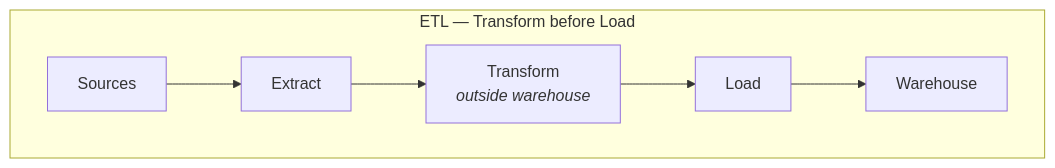
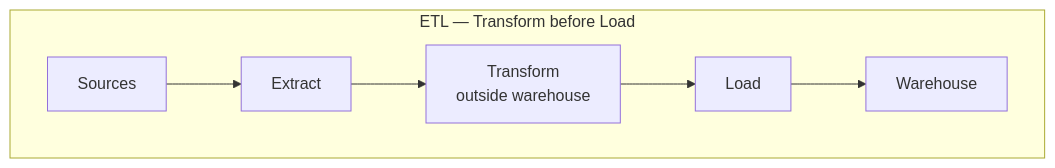
The seventh of 23 diagrams in data-architecture/data-warehouse.md (adnanrahin/adnanrahin.github.io), drawn with Mermaid before and after one commit. The commit also changed other lines of this file and 3 other files, not shown here.

Commit message:
updated the flowchart

````diff
--- a/data-architecture/data-warehouse.md
+++ b/data-architecture/data-warehouse.md
@@ -261,7 +257,7 @@
 ```mermaid
 flowchart LR
     subgraph ETL["ETL — Transform before Load"]
         direction LR
-        S1["Sources"] --> E1["Extract"] --> T1["Transform<br/><i>outside warehouse</i>"] --> L1["Load"] --> DW1["Warehouse"]
+        S1["Sources"] --> E1["Extract"] --> T1["Transform<br/>outside warehouse"] --> L1["Load"] --> DW1["Warehouse"]
     end
 ```
````
